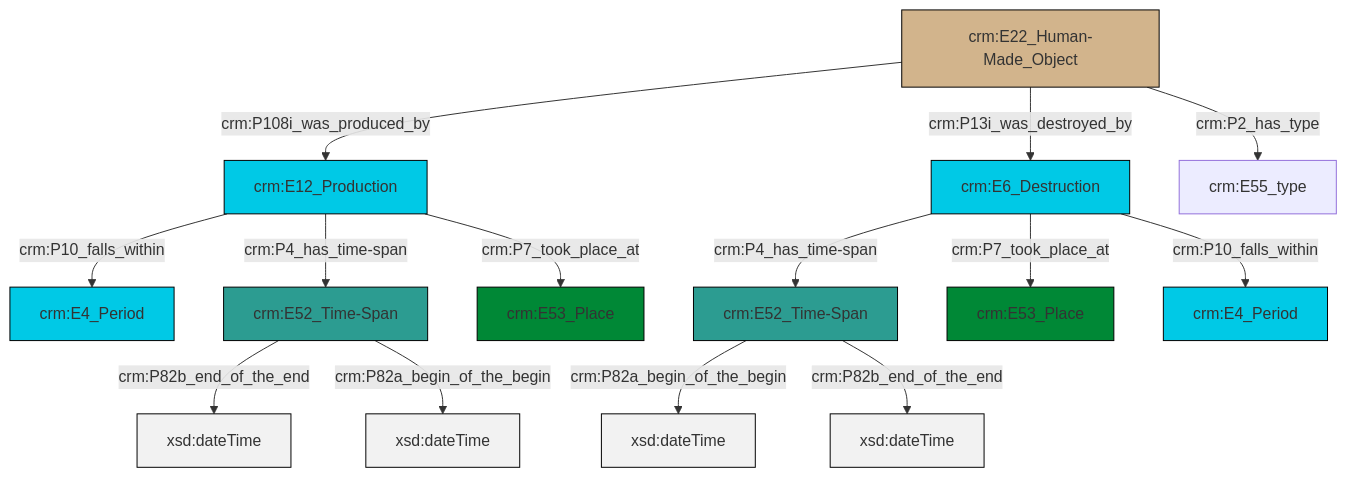
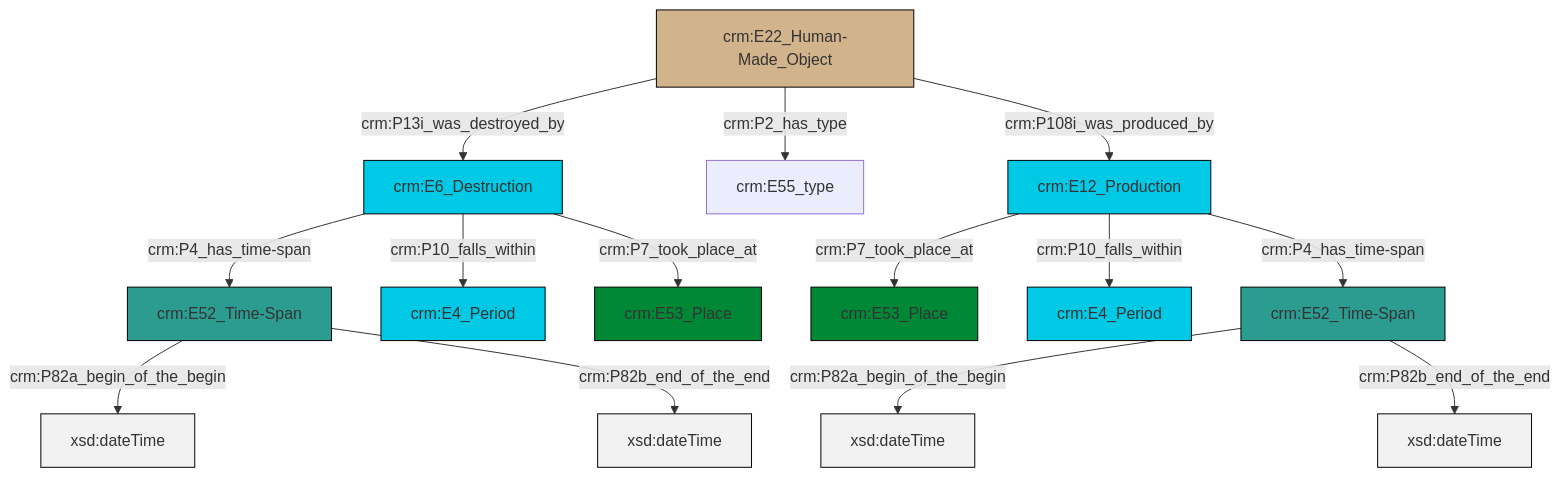
The diagram in et/builtWorkCSV/ttl/mmd/Built_Work_existence.ttl.mmd (swiss-art-research-net/docs.swissartresearch), drawn with Mermaid before and after one commit. The commit also changed 211 other files, not shown here.

```diff
--- a/et/builtWorkCSV/ttl/mmd/Built_Work_existence.ttl.mmd
+++ b/et/builtWorkCSV/ttl/mmd/Built_Work_existence.ttl.mmd
@@ -1,28 +1,28 @@
 graph TD
 classDef Literal fill:#f2f2f2,stroke:#000000;
 classDef CRM_Entity fill:#FFFFFF,stroke:#000000;
 classDef Temporal_Entity fill:#00C9E6, stroke:#000000;
 classDef Type fill:#E18312, stroke:#000000;
 classDef Time-Span fill:#2C9C91, stroke:#000000;
 classDef Appellation fill:#FFEB7F, stroke:#000000;
 classDef Place fill:#008836, stroke:#000000;
 classDef Persistent_Item fill:#B266B2, stroke:#000000;
 classDef Conceptual_Object fill:#FFD700, stroke:#000000;
 classDef Physical_Thing fill:#D2B48C, stroke:#000000;
 classDef Actor fill:#f58aad, stroke:#000000;
 classDef PC_Classes fill:#4ce600, stroke:#000000;
 classDef Multi fill:#cccccc,stroke:#000000;
 
-0["crm:E12_Production"]:::Temporal_Entity -->|crm:P10_falls_within| 1["crm:E4_Period"]:::Temporal_Entity
-2["crm:E52_Time-Span"]:::Time-Span -->|crm:P82b_end_of_the_end| 3[xsd:dateTime]:::Literal
-0["crm:E12_Production"]:::Temporal_Entity -->|crm:P7_took_place_at| 4["crm:E53_Place"]:::Place
-2["crm:E52_Time-Span"]:::Time-Span -->|crm:P82a_begin_of_the_begin| 5[xsd:dateTime]:::Literal
-6["crm:E6_Destruction"]:::Temporal_Entity -->|crm:P4_has_time-span| 7["crm:E52_Time-Span"]:::Time-Span
-7["crm:E52_Time-Span"]:::Time-Span -->|crm:P82a_begin_of_the_begin| 8[xsd:dateTime]:::Literal
-0["crm:E12_Production"]:::Temporal_Entity -->|crm:P4_has_time-span| 2["crm:E52_Time-Span"]:::Time-Span
-7["crm:E52_Time-Span"]:::Time-Span -->|crm:P82b_end_of_the_end| 13[xsd:dateTime]:::Literal
-9["crm:E22_Human-Made_Object"]:::Physical_Thing -->|crm:P108i_was_produced_by| 0["crm:E12_Production"]:::Temporal_Entity
-9["crm:E22_Human-Made_Object"]:::Physical_Thing -->|crm:P13i_was_destroyed_by| 6["crm:E6_Destruction"]:::Temporal_Entity
-6["crm:E6_Destruction"]:::Temporal_Entity -->|crm:P10_falls_within| 14["crm:E4_Period"]:::Temporal_Entity
-9["crm:E22_Human-Made_Object"]:::Physical_Thing -->|crm:P2_has_type| 18["crm:E55_type"]:::Default
-6["crm:E6_Destruction"]:::Temporal_Entity -->|crm:P7_took_place_at| 11["crm:E53_Place"]:::Place
+0["crm:E6_Destruction"]:::Temporal_Entity -->|crm:P4_has_time-span| 1["crm:E52_Time-Span"]:::Time-Span
+2["crm:E22_Human-Made_Object"]:::Physical_Thing -->|crm:P13i_was_destroyed_by| 0["crm:E6_Destruction"]:::Temporal_Entity
+4["crm:E12_Production"]:::Temporal_Entity -->|crm:P7_took_place_at| 5["crm:E53_Place"]:::Place
+1["crm:E52_Time-Span"]:::Time-Span -->|crm:P82a_begin_of_the_begin| 6[xsd:dateTime]:::Literal
+4["crm:E12_Production"]:::Temporal_Entity -->|crm:P10_falls_within| 7["crm:E4_Period"]:::Temporal_Entity
+0["crm:E6_Destruction"]:::Temporal_Entity -->|crm:P10_falls_within| 10["crm:E4_Period"]:::Temporal_Entity
+1["crm:E52_Time-Span"]:::Time-Span -->|crm:P82b_end_of_the_end| 14[xsd:dateTime]:::Literal
+0["crm:E6_Destruction"]:::Temporal_Entity -->|crm:P7_took_place_at| 15["crm:E53_Place"]:::Place
+2["crm:E22_Human-Made_Object"]:::Physical_Thing -->|crm:P2_has_type| 12["crm:E55_type"]:::Default
+16["crm:E52_Time-Span"]:::Time-Span -->|crm:P82a_begin_of_the_begin| 17[xsd:dateTime]:::Literal
+2["crm:E22_Human-Made_Object"]:::Physical_Thing -->|crm:P108i_was_produced_by| 4["crm:E12_Production"]:::Temporal_Entity
+16["crm:E52_Time-Span"]:::Time-Span -->|crm:P82b_end_of_the_end| 18[xsd:dateTime]:::Literal
+4["crm:E12_Production"]:::Temporal_Entity -->|crm:P4_has_time-span| 16["crm:E52_Time-Span"]:::Time-Span
```
